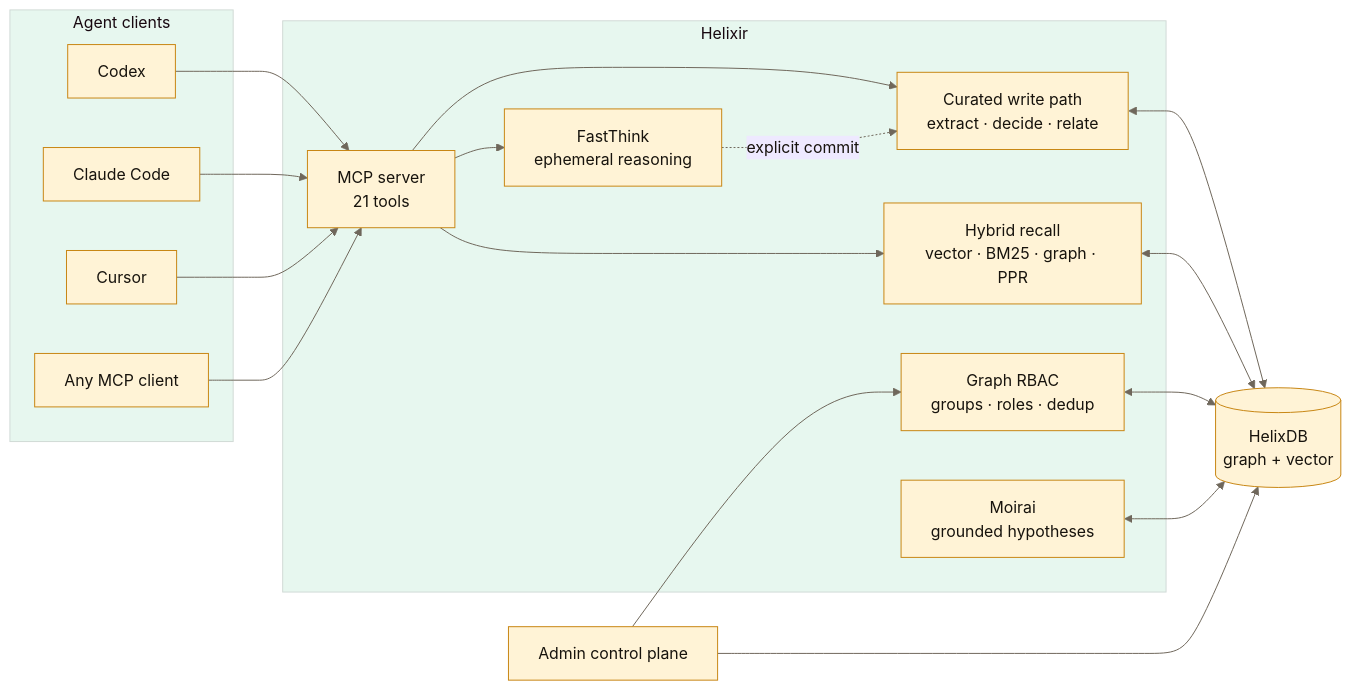
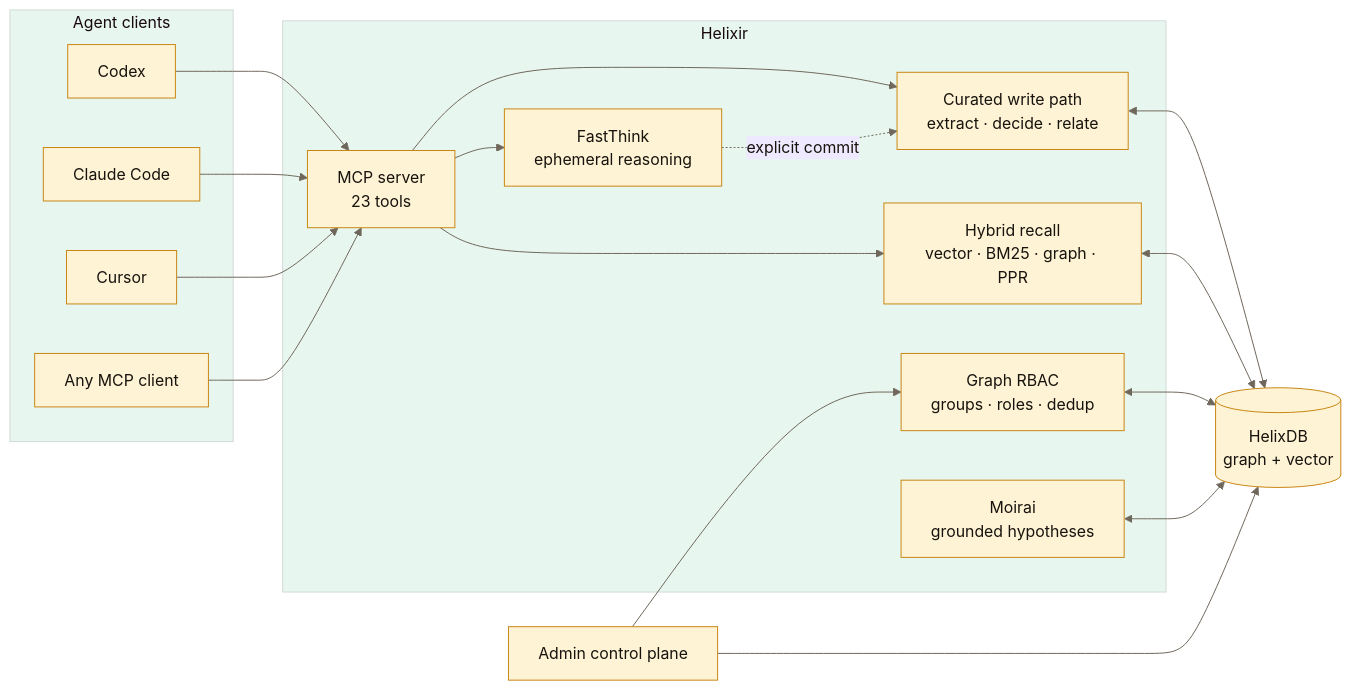
Before and after one commit to nikita-rulenko/Helixir: the first of 2 diagrams in README.md, drawn with Mermaid. The commit also changed other lines of this file and 79 other files, not shown here.

````diff
--- a/README.md
+++ b/README.md
@@ -132,29 +172,29 @@
 ```mermaid
 %%{init: {"theme":"base","themeVariables":{"primaryColor":"#fff3d6","primaryTextColor":"#17130d","primaryBorderColor":"#c88613","lineColor":"#6f675b","secondaryColor":"#eee9ff","tertiaryColor":"#e7f7ef","fontFamily":"Inter, ui-sans-serif, system-ui"}}}%%
 flowchart LR
     subgraph Clients["Agent clients"]
         Codex["Codex"]
         Claude["Claude Code"]
         Cursor["Cursor"]
         Other["Any MCP client"]
     end
 
     subgraph Helixir["Helixir"]
-        MCP["MCP server<br/>21 tools"]
+        MCP["MCP server<br/>23 tools"]
         Write["Curated write path<br/>extract · decide · relate"]
         Read["Hybrid recall<br/>vector · BM25 · graph · PPR"]
         Think["FastThink<br/>ephemeral reasoning"]
         Policy["Graph RBAC<br/>groups · roles · dedup"]
         Moirai["Moirai<br/>grounded hypotheses"]
     end
 
     DB[("HelixDB<br/>graph + vector")]
     Admin["Admin control plane"]
 
     Codex & Claude & Cursor & Other --> MCP
     MCP --> Write & Read & Think
     Write & Read & Policy & Moirai <--> DB
     Think -. "explicit commit" .-> Write
     Admin --> Policy
     Admin --> DB
 ```
````
